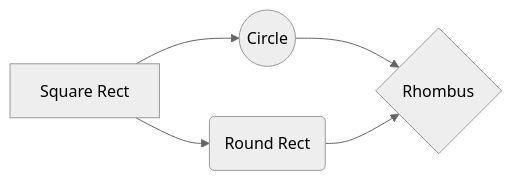
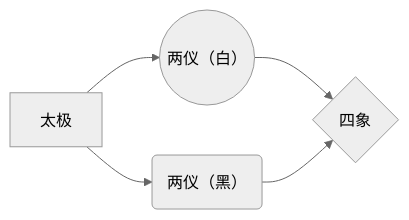
The first of 6 diagrams in Markdown-Syntax-Demo-Chinese.md (HelloWarden666/Markdown-Syntax-Demo), drawn with Mermaid (neutral theme) before and after one commit. The commit also changed other lines of this file, not shown here.

````diff
--- a/Markdown-Syntax-Demo-Chinese.md
+++ b/Markdown-Syntax-Demo-Chinese.md
@@ -173,7 +173,7 @@
    ```mermaid
    graph LR
-   A[Square Rect] --> B((Circle))
-   A --> C(Round Rect)
-   B --> D{Rhombus}
+   A[太极] --> B((两仪（白）))
+   A --> C(两仪（黑）)
+   B --> D{四象}
    C --> D
    ```
````
